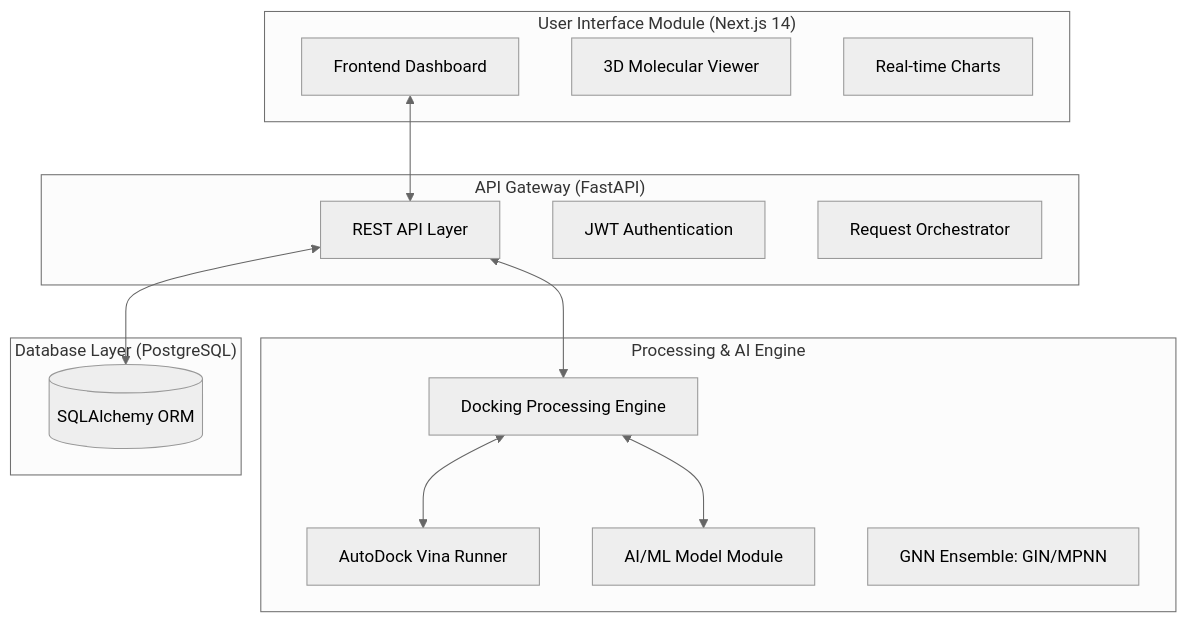
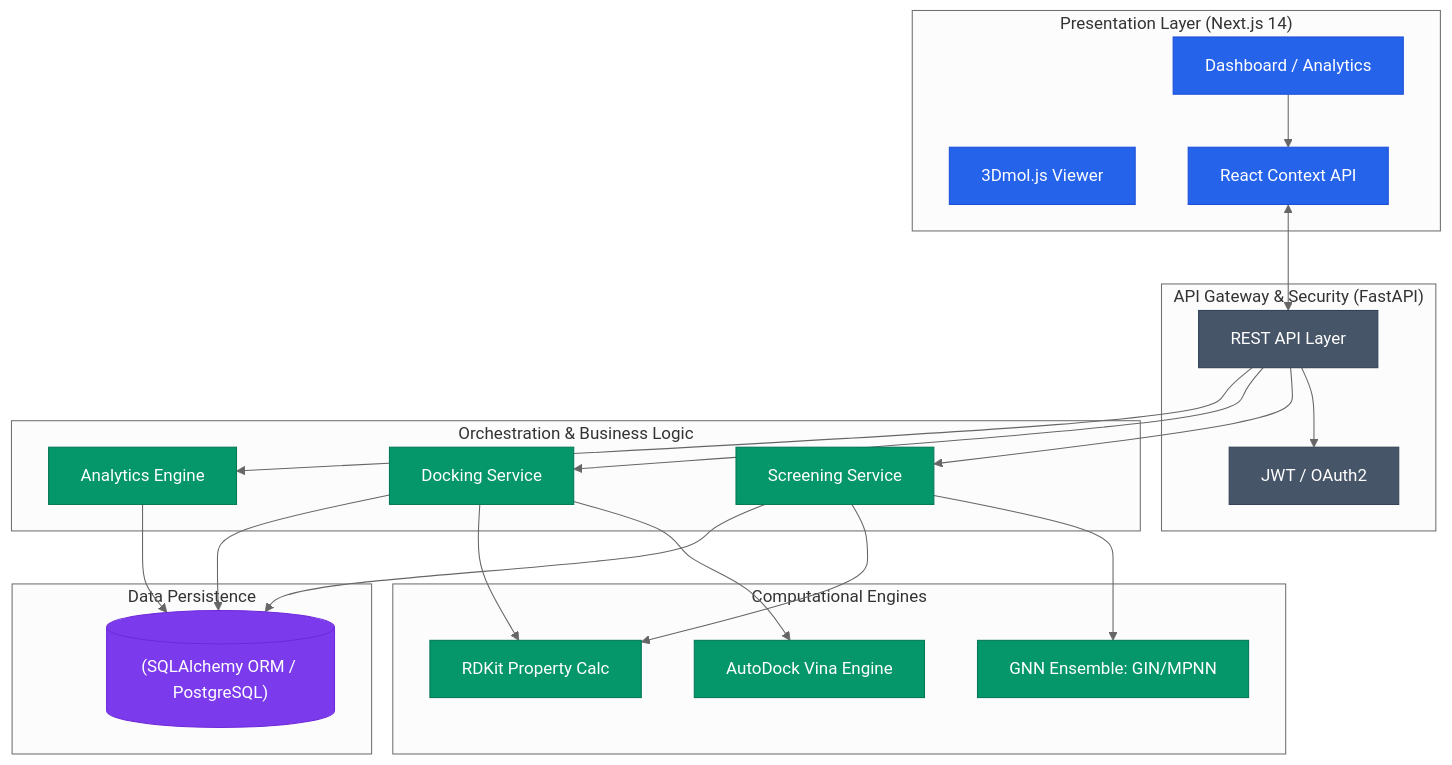
One commit to adwaiths05/end-to-end-ai-assisted-drug-discovery-workflow changed the diagram in README.md. Above: the diagram before and after it, drawn with Mermaid (neutral theme). The commit also changed other lines of this file, not shown here.

````diff
--- a/README.md
+++ b/README.md
@@ -16,31 +16,59 @@
 ```mermaid
-graph TD
-    subgraph "User Interface Module (Next.js 14)"
-        UI[Frontend Dashboard]
-        Viewer[3D Molecular Viewer]
-        Analytics[Real-time Charts]
+graph TB
+    subgraph "Presentation Layer (Next.js 14)"
+        UI["Dashboard / Analytics"]
+        Viewer["3Dmol.js Viewer"]
+        Context["React Context API"]
     end
 
-    subgraph "API Gateway (FastAPI)"
-        GW[REST API Layer]
-        Auth[JWT Authentication]
-        Proxy[Request Orchestrator]
+    subgraph "API Gateway & Security (FastAPI)"
+        Gateway["REST API Layer"]
+        Auth["JWT / OAuth2"]
     end
 
-    subgraph "Processing & AI Engine"
-        PE[Docking Processing Engine]
-        Vina[AutoDock Vina Runner]
-        ML[AI/ML Model Module]
-        GNN[GNN Ensemble: GIN/MPNN]
+    subgraph "Orchestration & Business Logic"
+        ScreeningSvc["Screening Service"]
+        DockingSvc["Docking Service"]
+        AnalysisSvc["Analytics Engine"]
     end
 
-    subgraph "Database Layer (PostgreSQL)"
-        DB[(SQLAlchemy ORM)]
+    subgraph "Computational Engines"
+        Vina["AutoDock Vina Engine"]
+        ML["GNN Ensemble: GIN/MPNN"]
+        RDKit["RDKit Property Calc"]
     end
 
-    UI <--> GW
-    GW <--> PE
-    PE <--> ML
-    PE <--> Vina
-    GW <--> DB
+    subgraph "Data Persistence"
+        DB[("(SQLAlchemy ORM / PostgreSQL)")]
+    end
+
+    %% Interactions
+    UI --> Context
+    Context <--> Gateway
+    Gateway --> Auth
+    
+    Gateway --> ScreeningSvc
+    Gateway --> DockingSvc
+    Gateway --> AnalysisSvc
+
+    ScreeningSvc --> ML
+    ScreeningSvc --> RDKit
+    
+    DockingSvc --> Vina
+    DockingSvc --> RDKit
+
+    ScreeningSvc --> DB
+    DockingSvc --> DB
+    AnalysisSvc --> DB
+
+    %% Styling
+    classDef primary fill:#2563eb,stroke:#1d4ed8,color:#fff
+    classDef secondary fill:#475569,stroke:#334155,color:#fff
+    classDef computational fill:#059669,stroke:#047857,color:#fff
+    classDef database fill:#7c3aed,stroke:#6d28d9,color:#fff
+
+    class UI,Viewer,Context primary
+    class Gateway,Auth secondary
+    class ScreeningSvc,DockingSvc,AnalysisSvc,Vina,ML,RDKit computational
+    class DB database
 ```
````
